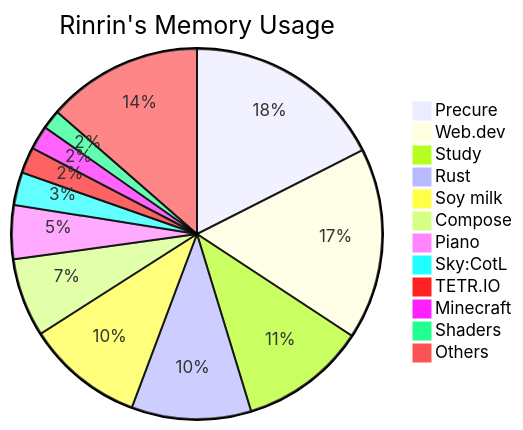
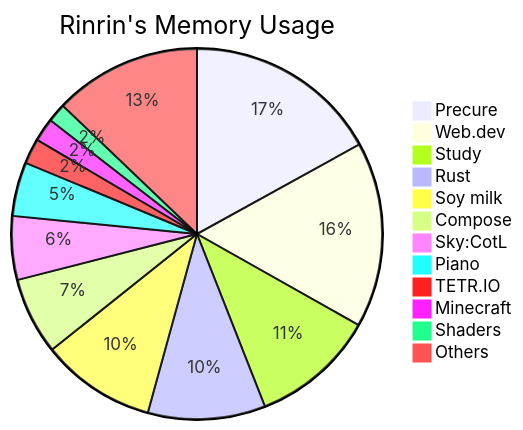
Before and after one commit to Rinrin0413/Rinrin0413: the diagram in README.md, drawn with Mermaid.

Commit message:
🛠 Update: Rinrin's Memory Usage

````diff
--- a/README.md
+++ b/README.md
@@ -75,15 +75,15 @@
 ```mermaid
 pie title Rinrin's Memory Usage
-    "Precure": 563
-    "Web.dev": 537
-    "Study": 354
-    "Rust": 335
-    "Soy milk": 329
-    "Compose": 220
-    "Piano": 151
-    "Sky:CotL": 92
+    "Precure": 560
+    "Web.dev": 534
+    "Study": 358
+    "Rust": 338
+    "Soy milk": 330
+    "Compose": 222
+    "Sky:CotL": 183
+    "Piano": 155
     "TETR.IO": 73
     "Minecraft": 67
     "Shaders": 54
-    "Others": 436
+    "Others": 424
 ```
````
